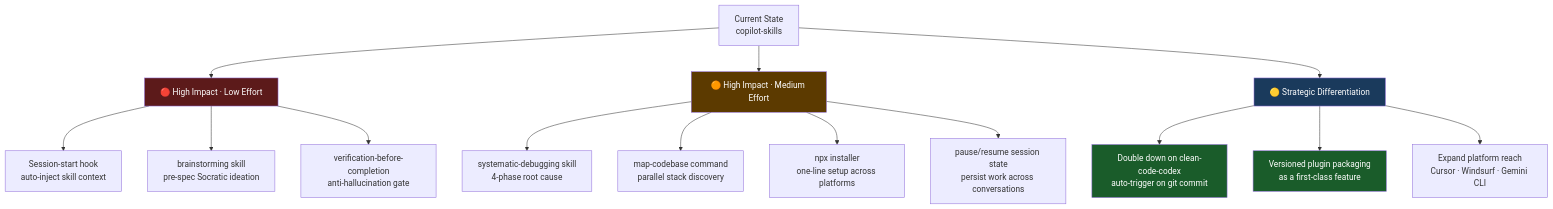
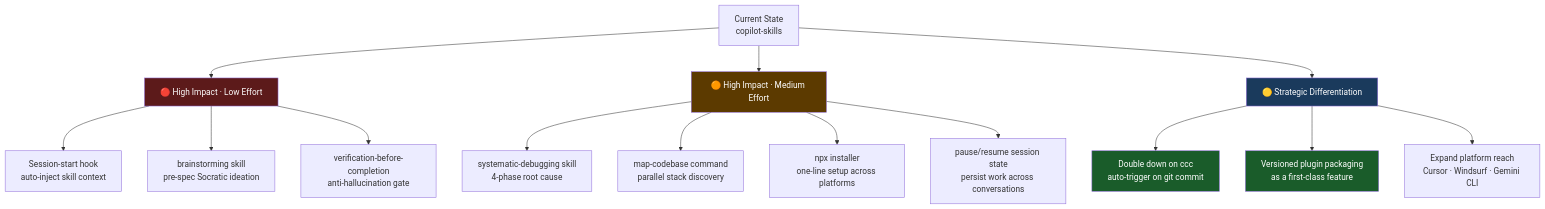
One commit to mikecubed/agent-orchestration changed the seventh of 8 diagrams in docs/competitor-comparison.md. Above: the diagram before and after it, drawn with Mermaid. The commit also changed other lines of this file and 222 other files, not shown here.

````diff
--- a/docs/competitor-comparison.md
+++ b/docs/competitor-comparison.md
@@ -167,26 +167,26 @@
 ```mermaid
 graph TD
     NOW["Current State\ncopilot-skills"]
 
     NOW --> Q1["🔴 High Impact · Low Effort"]
     Q1 --> A1["Session-start hook\nauto-inject skill context"]
     Q1 --> A2["brainstorming skill\npre-spec Socratic ideation"]
     Q1 --> A3["verification-before-completion\nanti-hallucination gate"]
 
     NOW --> Q2["🟠 High Impact · Medium Effort"]
     Q2 --> B1["systematic-debugging skill\n4-phase root cause"]
     Q2 --> B2["map-codebase command\nparallel stack discovery"]
     Q2 --> B3["npx installer\none-line setup across platforms"]
     Q2 --> B4["pause/resume session state\npersist work across conversations"]
 
     NOW --> Q3["🟡 Strategic Differentiation"]
-    Q3 --> C1["Double down on clean-code-codex\nauto-trigger on git commit"]
+    Q3 --> C1["Double down on ccc\nauto-trigger on git commit"]
     Q3 --> C2["Versioned plugin packaging\nas a first-class feature"]
     Q3 --> C3["Expand platform reach\nCursor · Windsurf · Gemini CLI"]
 
     style Q1 fill:#5c1a1a,color:#fff
     style Q2 fill:#5c3a00,color:#fff
     style Q3 fill:#1a3a5c,color:#fff
     style C1 fill:#1a5c2a,color:#fff
     style C2 fill:#1a5c2a,color:#fff
 ```
````
